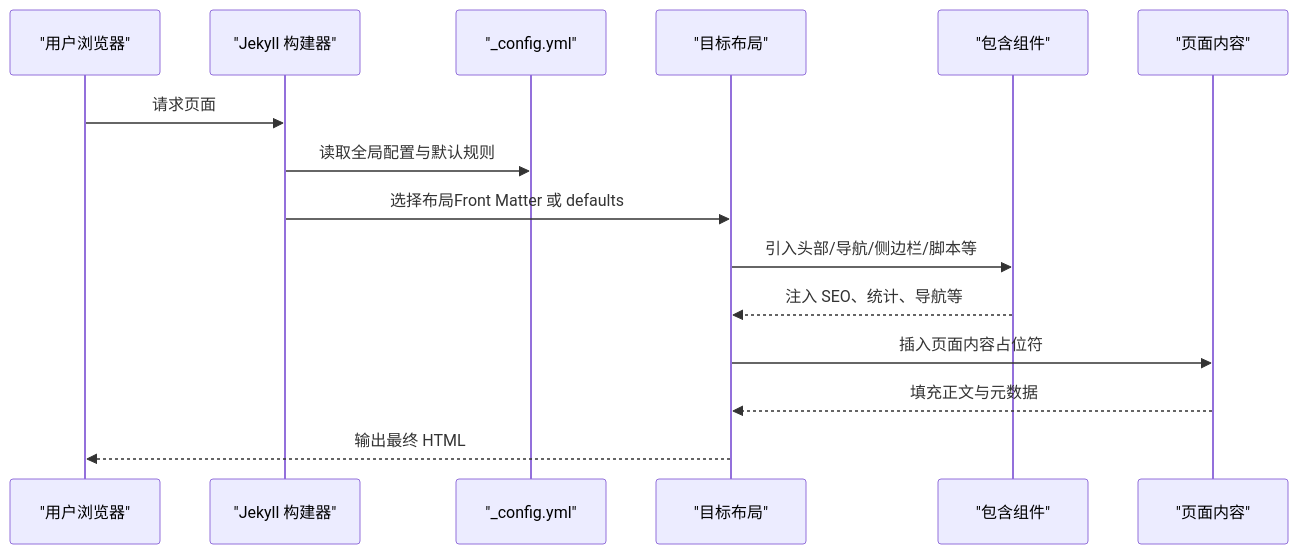
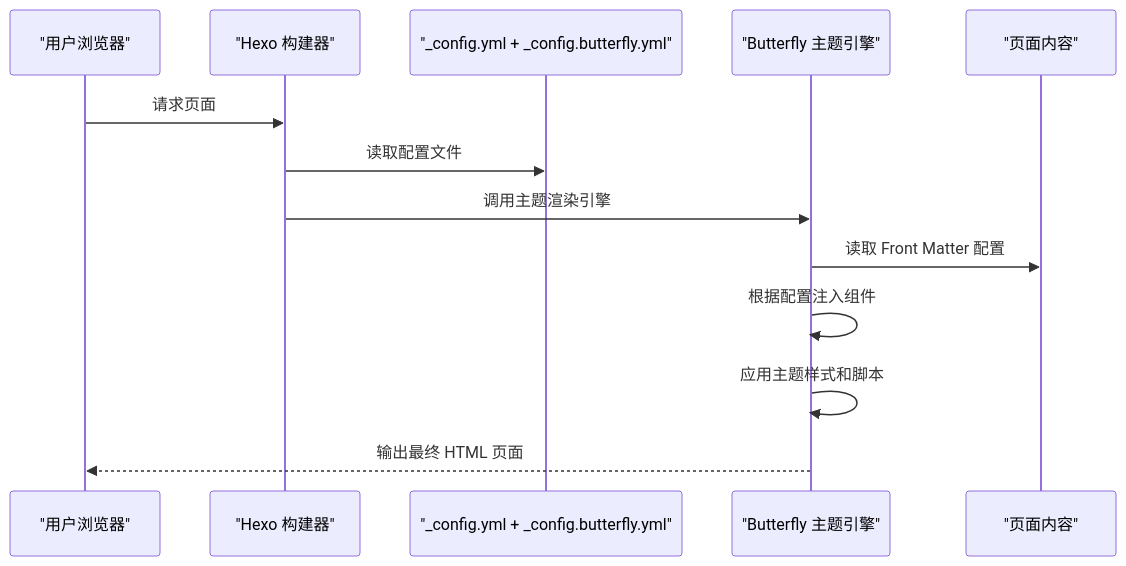
One commit to CoolPig0720/CoolPig0720.github.io changed the second of 6 diagrams in .qoder/repowiki/zh/content/页面布局和模板系统/页面布局和模板系统.md. Above: the diagram before and after it, drawn with Mermaid. The commit also changed other lines of this file and 36 other files, not shown here.

````diff
--- a/.qoder/repowiki/zh/content/页面布局和模板系统/页面布局和模板系统.md
+++ b/.qoder/repowiki/zh/content/页面布局和模板系统/页面布局和模板系统.md
@@ -140,17 +86,15 @@
 ```mermaid
 sequenceDiagram
 participant U as "用户浏览器"
-participant J as "Jekyll 构建器"
-participant CFG as "_config.yml"
-participant L as "目标布局"
-participant INC as "包含组件"
+participant H as "Hexo 构建器"
+participant CFG as "_config.yml + _config.butterfly.yml"
+participant T as "Butterfly 主题引擎"
 participant P as "页面内容"
-U->>J : 请求页面
-J->>CFG : 读取全局配置与默认规则
-J->>L : 选择布局Front Matter 或 defaults
-L->>INC : 引入头部/导航/侧边栏/脚本等
-INC-->>L : 注入 SEO、统计、导航等
-L->>P : 插入页面内容占位符
-P-->>L : 填充正文与元数据
-L-->>U : 输出最终 HTML
+U->>H : 请求页面
+H->>CFG : 读取配置文件
+H->>T : 调用主题渲染引擎
+T->>P : 读取 Front Matter 配置
+T->>T : 根据配置注入组件
+T->>T : 应用主题样式和脚本
+T-->>U : 输出最终 HTML 页面
 ```
````
